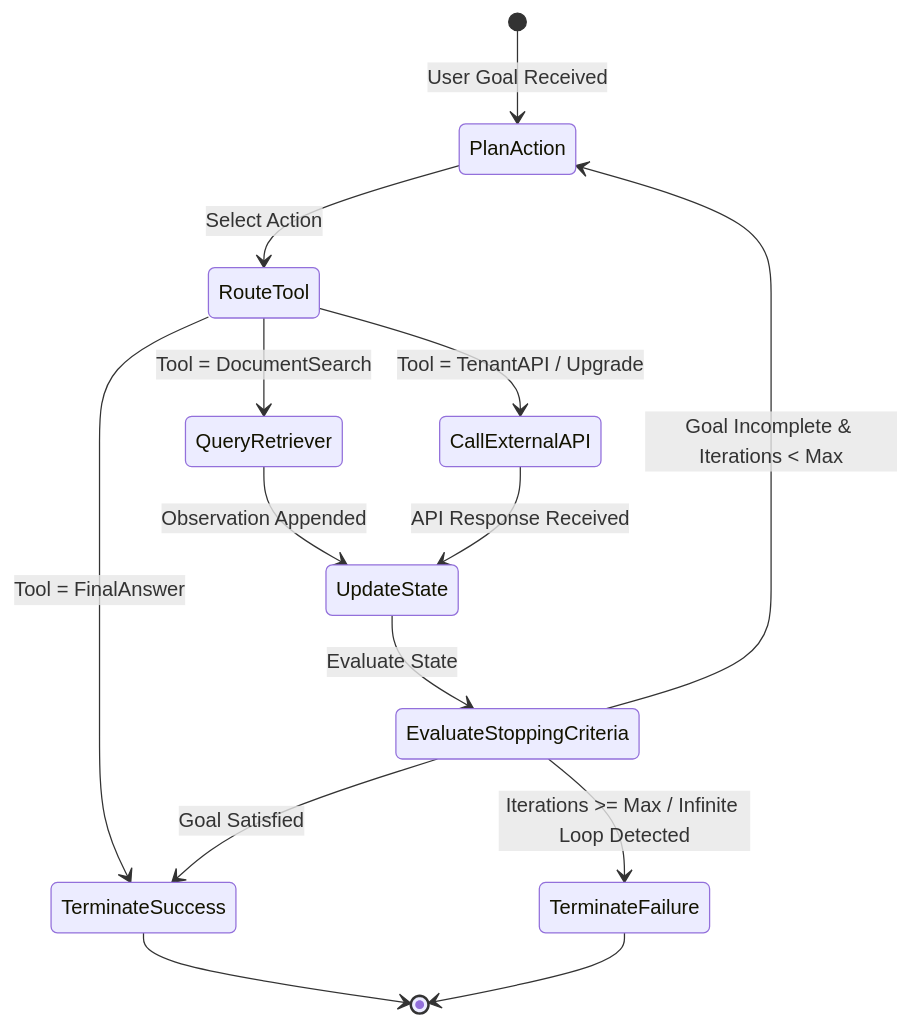
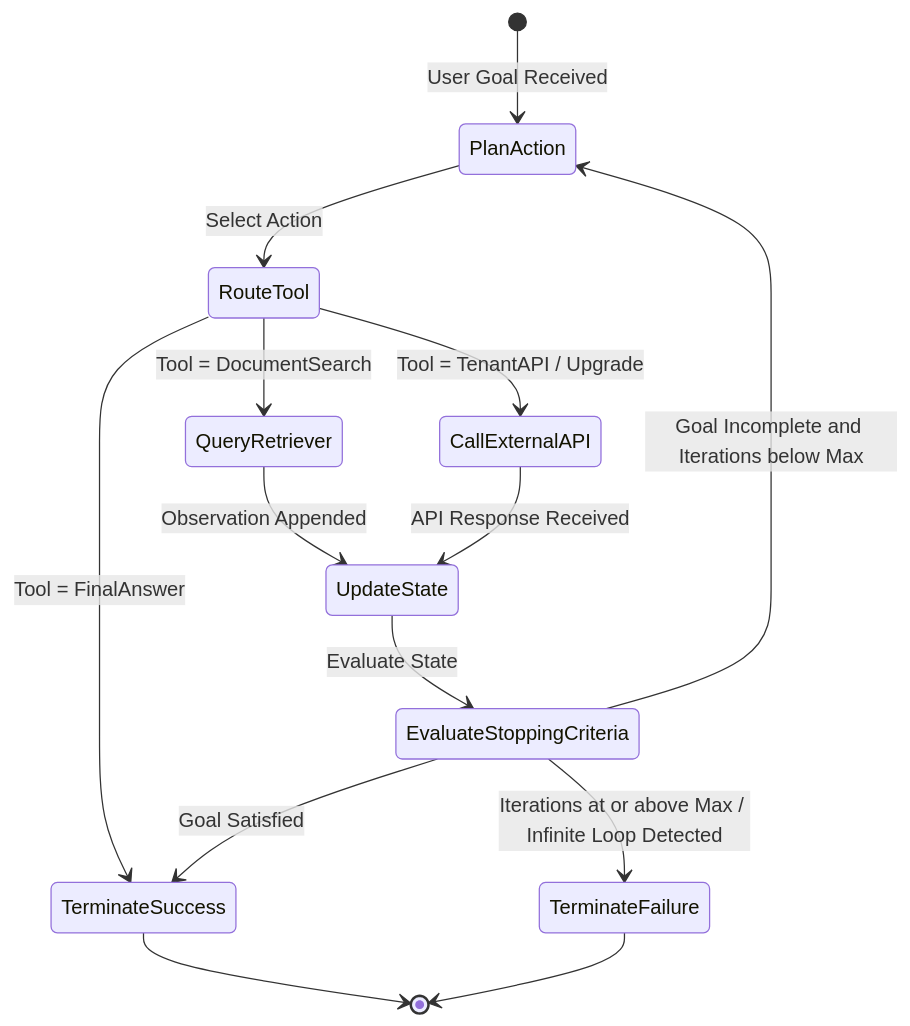
One commit to divyansh070/ml_notes changed the fourth of 4 diagrams in rag-guide/06-advanced-agentic-rag.md. Above: the diagram before and after it, drawn with Mermaid. The commit also changed other lines of this file and 2 other files, not shown here.

Commit message:
fix(rag-guide): fix GitHub math and Mermaid rendering in phases 05, 06, and 07

````diff
--- a/rag-guide/06-advanced-agentic-rag.md
+++ b/rag-guide/06-advanced-agentic-rag.md
@@ -445,20 +452,20 @@
 ```mermaid
 stateDiagram-v2
     [*] --> PlanAction: User Goal Received
     PlanAction --> RouteTool: Select Action
     
     RouteTool --> QueryRetriever: Tool = DocumentSearch
     RouteTool --> CallExternalAPI: Tool = TenantAPI / Upgrade
     RouteTool --> TerminateSuccess: Tool = FinalAnswer
     
     QueryRetriever --> UpdateState: Observation Appended
     CallExternalAPI --> UpdateState: API Response Received
     
     UpdateState --> EvaluateStoppingCriteria: Evaluate State
-    EvaluateStoppingCriteria --> PlanAction: Goal Incomplete & Iterations < Max
-    EvaluateStoppingCriteria --> TerminateFailure: Iterations >= Max / Infinite Loop Detected
+    EvaluateStoppingCriteria --> PlanAction: Goal Incomplete and Iterations below Max
+    EvaluateStoppingCriteria --> TerminateFailure: Iterations at or above Max / Infinite Loop Detected
     EvaluateStoppingCriteria --> TerminateSuccess: Goal Satisfied
     
     TerminateSuccess --> [*]
     TerminateFailure --> [*]
 ```
````
